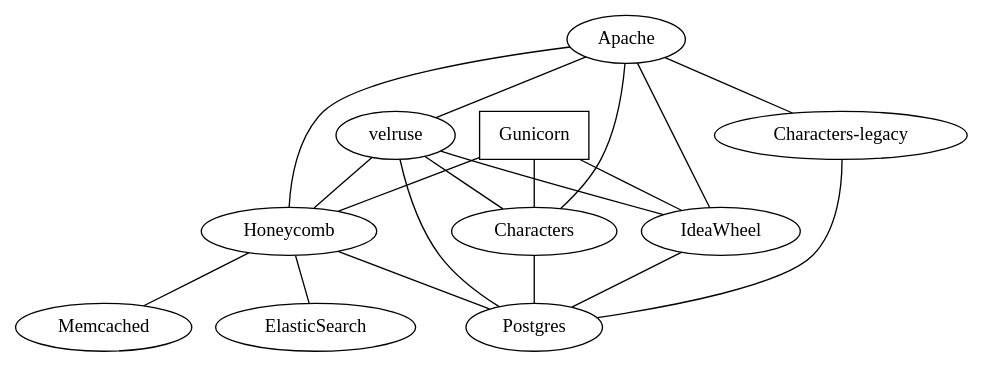
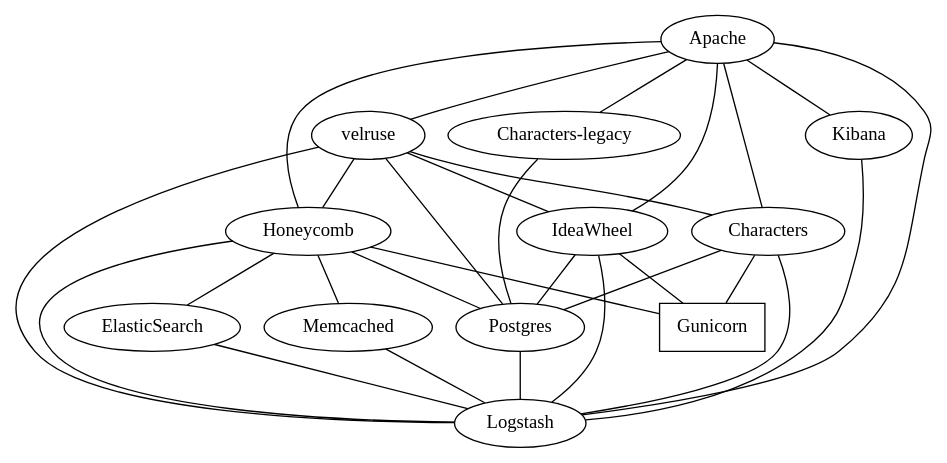
One commit to OpenFurry/openfurry.org changed the diagram in deployment.dot. Above: the diagram before and after it, drawn with Graphviz. The commit also changed 5 other files, not shown here.

Commit message:
Embedded deployment diagram

```diff
--- a/deployment.dot
+++ b/deployment.dot
@@ -1,28 +1,55 @@
 graph OpenFurryDeployment {
+	node [fontname="Marcellus"]
+    Apache [URL="https://jujucharms.com/apache2/"];
+    velruse [URL="http://velruse.readthedocs.io/en/latest/index.html"];
+    Postgres [URL="https://jujucharms.com/postgresql/"];
+    Kibana [URL="https://jujucharms.com/kibana/"];
+    Logstash [URL="https://jujucharms.com/logstash/"];
+    Honeycomb [URL="https://github.com/OpenFurry/honeycomb"];
+    Characters [URL="https://github.com/OpenFurry/charref"];
+    "Characters-legacy" [URL="https://characters.openfurry.org"];
+    IdeaWheel [URL="https://github.com/OpenFurry/ideawheel"];
+    Gunicorn [URL="https://jujucharms.com/gunicorn/s"];
+    ElasticSearch [URL="https://jujucharms.com/elasticsearch/"];
+    Memcached [URL="https://jujucharms.com/memcached/"];
+
     Apache -- velruse;
     velruse -- Postgres;
+
+    Apache -- Kibana;
+    Kibana -- Logstash;
+
+    Apache -- Logstash;
+    velruse -- Logstash;
 
     velruse -- Honeycomb;
     velruse -- Characters;
     velruse -- IdeaWheel;
 
-    { rank=same
-        velruse; Gunicorn [shape=box];
-    }
+    Gunicorn [shape=box];
 
     Apache -- Honeycomb;
     Apache -- Characters;
     Apache -- "Characters-legacy";
     Apache -- IdeaWheel;
+
     Honeycomb -- Gunicorn;
     Characters -- Gunicorn;
     IdeaWheel -- Gunicorn;
+
+    Honeycomb -- Logstash;
+    Characters -- Logstash;
+    IdeaWheel -- Logstash;
+    Memcached -- Logstash;
+    Postgres -- Logstash;
+    ElasticSearch -- Logstash;
+
     Honeycomb -- Memcached;
     Honeycomb -- Postgres;
     Honeycomb -- ElasticSearch;
 
     Characters -- Postgres;
     "Characters-legacy" -- Postgres;
 
     IdeaWheel -- Postgres;
 }
```
